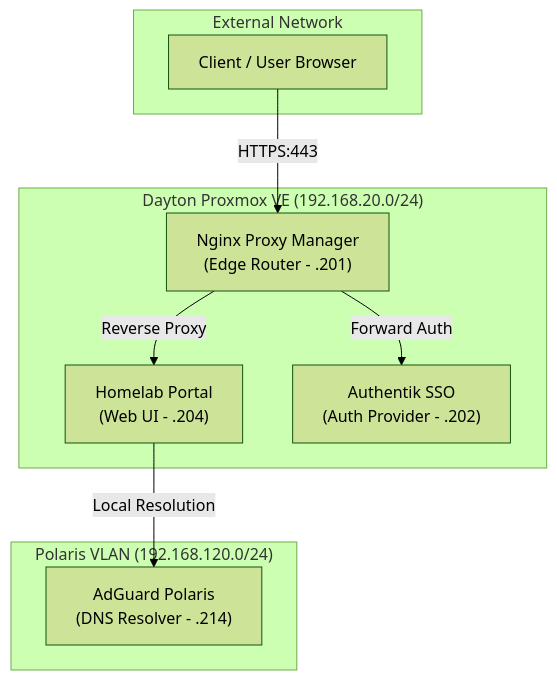
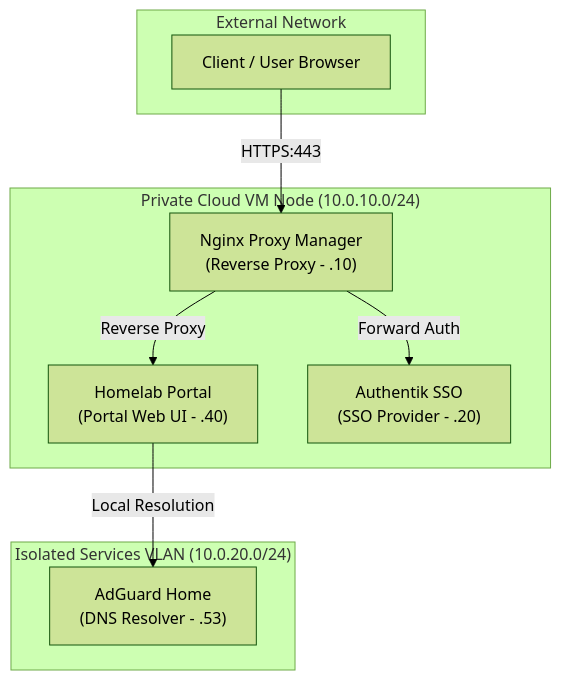
The diagram in samples/network_topology.mmd (petergdoyle/mermaid-to-image-converter), drawn with Mermaid (forest theme) before and after one commit. The commit also changed other lines of this file and 6 other files, not shown here.

Commit message:
Anonymize homelab details in templates and add new diagram types (Pie, Timeline, Journey)

```diff
--- a/samples/network_topology.mmd
+++ b/samples/network_topology.mmd
@@ -1,19 +1,19 @@
 flowchart TB
     subgraph WAN["External Network"]
         Client["Client / User Browser"]
     end
 
-    subgraph Proxmox["Dayton Proxmox VE (192.168.20.0/24)"]
-        Router["Nginx Proxy Manager\n(Edge Router - .201)"]
-        Portal["Homelab Portal\n(Web UI - .204)"]
-        Auth["Authentik SSO\n(Auth Provider - .202)"]
+    subgraph Proxmox["Private Cloud VM Node (10.0.10.0/24)"]
+        Router["Nginx Proxy Manager\n(Reverse Proxy - .10)"]
+        Portal["Homelab Portal\n(Portal Web UI - .40)"]
+        Auth["Authentik SSO\n(SSO Provider - .20)"]
     end
 
-    subgraph Polaris["Polaris VLAN (192.168.120.0/24)"]
-        AdguardPolaris["AdGuard Polaris\n(DNS Resolver - .214)"]
+    subgraph Polaris["Isolated Services VLAN (10.0.20.0/24)"]
+        AdguardPolaris["AdGuard Home\n(DNS Resolver - .53)"]
     end
 
     Client -->|HTTPS:443| Router
     Router -->|Forward Auth| Auth
     Router -->|Reverse Proxy| Portal
     Portal -->|Local Resolution| AdguardPolaris
```
